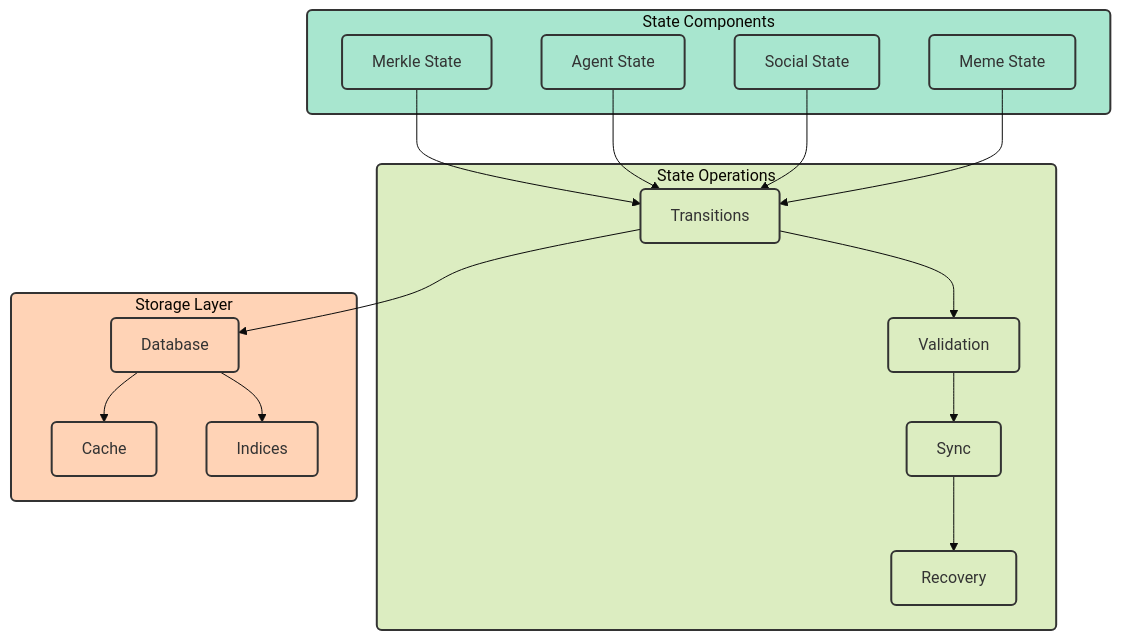
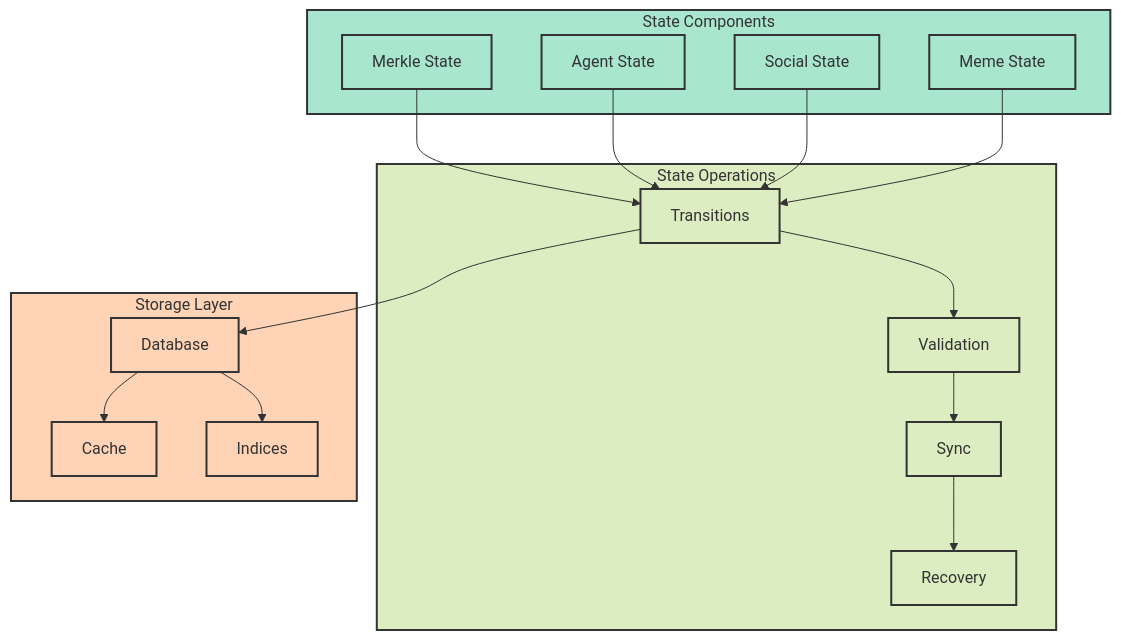
One commit to SumeetChougule/chaoschain changed the fourth of 6 diagrams in docs/introduction/architecture.md. Above: the diagram before and after it, drawn with Mermaid. The commit also changed other lines of this file, not shown here.

Commit message:
Simplify Mermaid syntax for better GitBook compatibility

````diff
--- a/docs/introduction/architecture.md
+++ b/docs/introduction/architecture.md
@@ -153,43 +151,42 @@
 ```mermaid
-%%{init: {'theme': 'base', 'themeVariables': { 'fontSize': '16px', 'fontFamily': 'arial' }}}%%
 flowchart TB
     subgraph State["State Components"]
         MS["Merkle State"]
         AS["Agent State"]
         SS["Social State"]
         MMS["Meme State"]
     end
     
     subgraph Ops["State Operations"]
         T["Transitions"]
         V["Validation"]
         S["Sync"]
         R["Recovery"]
     end
     
     subgraph Storage["Storage Layer"]
         DB["Database"]
         C["Cache"]
         I["Indices"]
     end
     
     MS --> T
     AS --> T
     SS --> T
     MMS --> T
     T --> V
     V --> S
     S --> R
     T --> DB
     DB --> C
     DB --> I
     
-    classDef default fill:#f8f9fa,stroke:#333,stroke-width:2px,rx:5,ry:5
-    classDef state fill:#a8e6cf,stroke:#333,stroke-width:2px,rx:5,ry:5
-    classDef ops fill:#dcedc1,stroke:#333,stroke-width:2px,rx:5,ry:5
-    classDef storage fill:#ffd3b6,stroke:#333,stroke-width:2px,rx:5,ry:5
+    classDef default fill:#f8f9fa,stroke:#333,stroke-width:2px
+    classDef state fill:#a8e6cf,stroke:#333,stroke-width:2px
+    classDef ops fill:#dcedc1,stroke:#333,stroke-width:2px
+    classDef storage fill:#ffd3b6,stroke:#333,stroke-width:2px
     
     class MS,AS,SS,MMS,State state
     class T,V,S,R,Ops ops
     class DB,C,I,Storage storage
 ```
````
